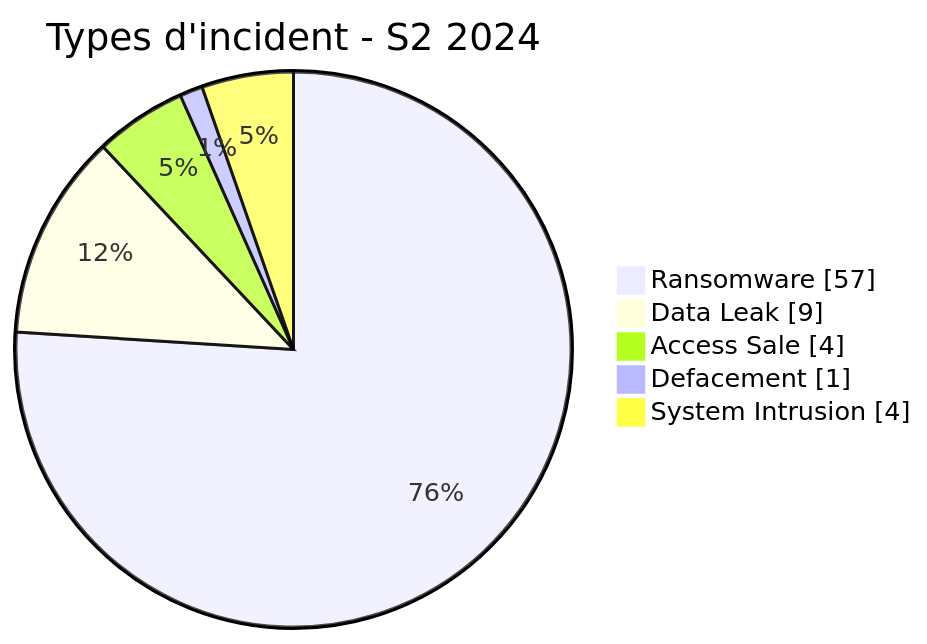
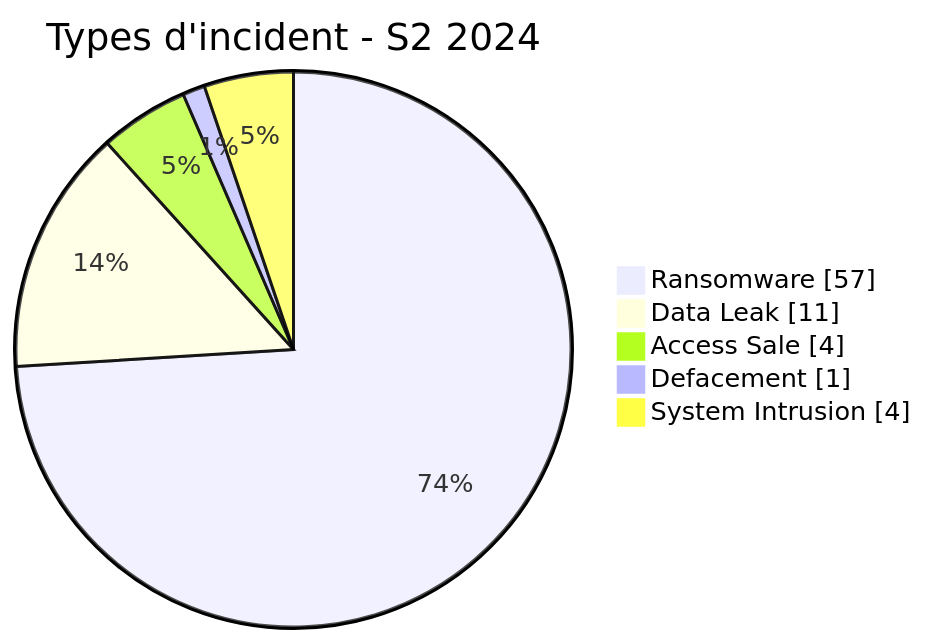
The diagram in CyberAttackAfrica/2024/README_H2_FR.md (Hatchepsoute/AFRINTEL), drawn with Mermaid before and after one commit. The commit also changed other lines of this file and 90 other files, not shown here.

````diff
--- a/CyberAttackAfrica/2024/README_H2_FR.md
+++ b/CyberAttackAfrica/2024/README_H2_FR.md
@@ -53,9 +53,9 @@
 ```mermaid
 pie showData
     title Types d'incident - S2 2024
     "Ransomware" : 57
-    "Data Leak" : 9
+    "Data Leak" : 11
     "Access Sale" : 4
     "Defacement" : 1
     "System Intrusion" : 4
 ```
````
